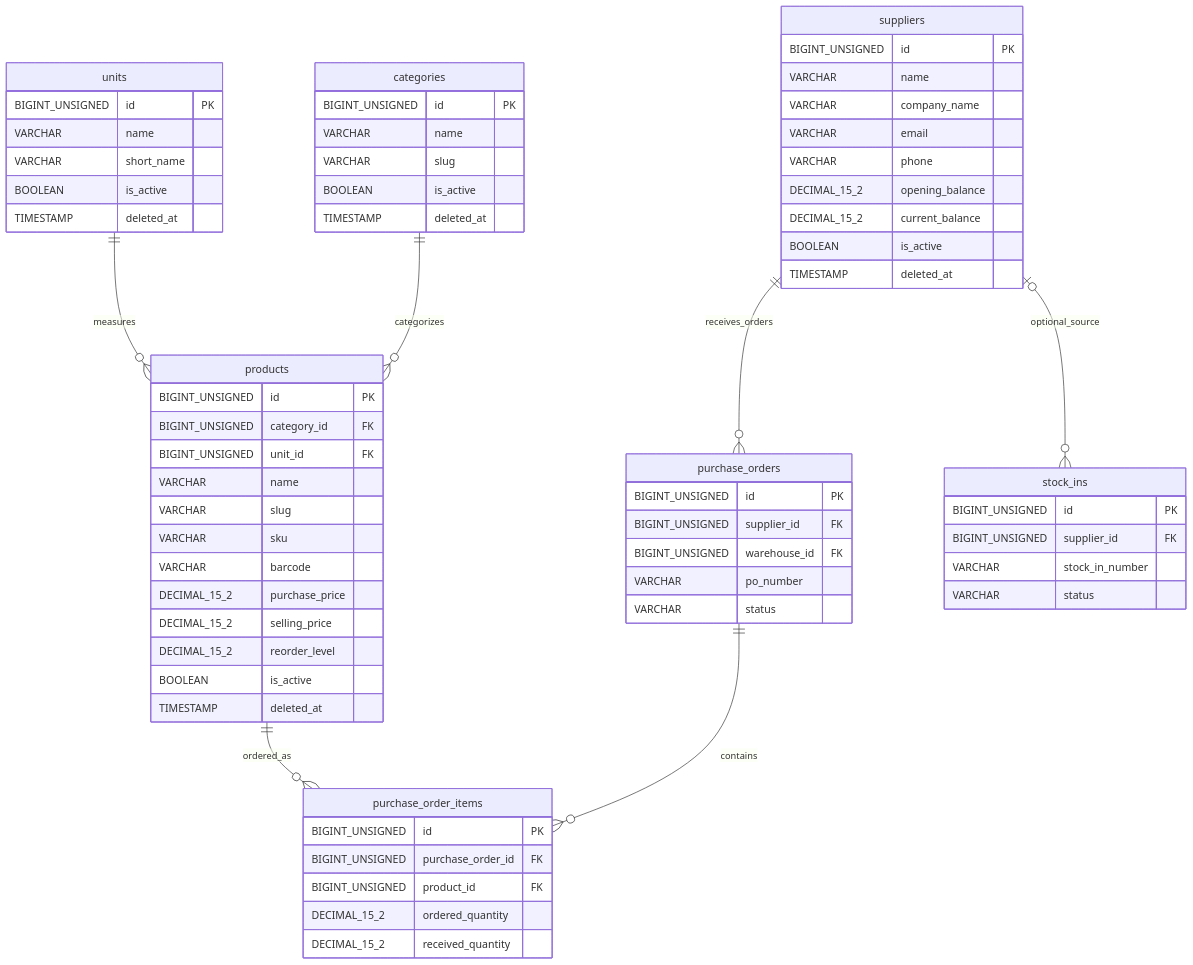
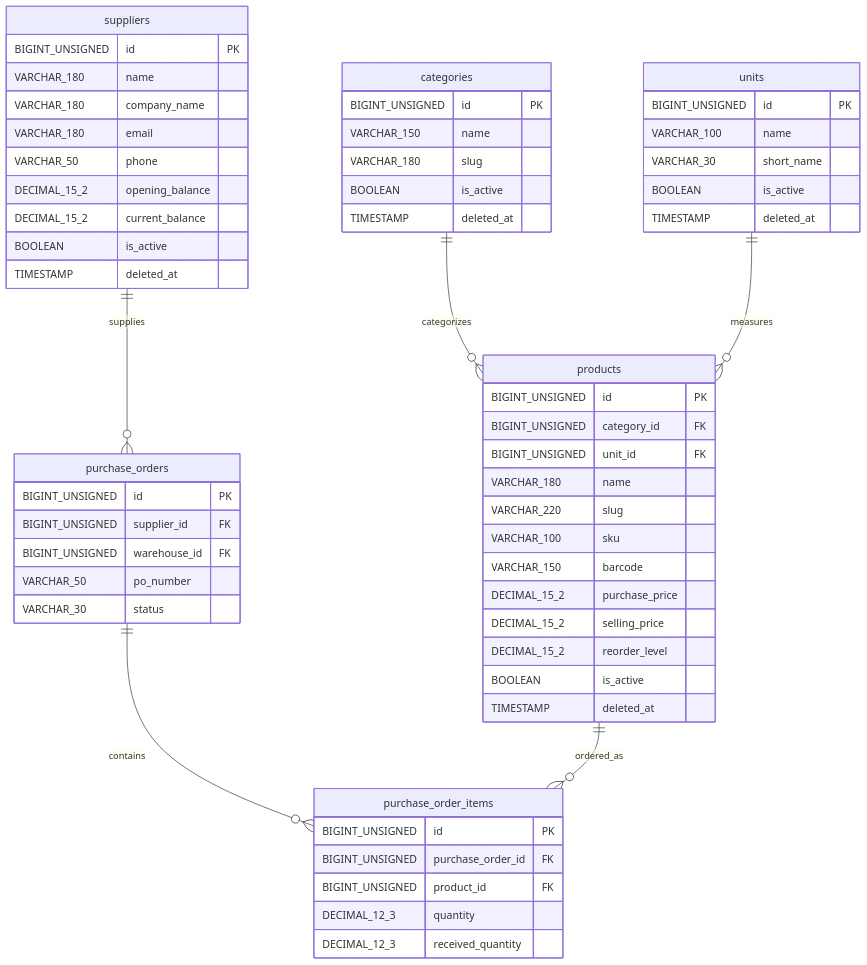
Before and after one commit to farhanrahmananik/warehouse-management-laravel: the second of 7 diagrams in docs/database/erd.md, drawn with Mermaid. The commit also changed other lines of this file and 1 other file, not shown here.

Commit message:
docs: align database documentation with implemented schema

````diff
--- a/docs/database/erd.md
+++ b/docs/database/erd.md
@@ -115,75 +105,67 @@
 ```mermaid
 erDiagram
     categories {
         BIGINT_UNSIGNED id PK
-        VARCHAR name
-        VARCHAR slug
+        VARCHAR_150 name
+        VARCHAR_180 slug
         BOOLEAN is_active
         TIMESTAMP deleted_at
     }
 
     units {
         BIGINT_UNSIGNED id PK
-        VARCHAR name
-        VARCHAR short_name
+        VARCHAR_100 name
+        VARCHAR_30 short_name
+        BOOLEAN is_active
+        TIMESTAMP deleted_at
+    }
+
+    suppliers {
+        BIGINT_UNSIGNED id PK
+        VARCHAR_180 name
+        VARCHAR_180 company_name
+        VARCHAR_180 email
+        VARCHAR_50 phone
+        DECIMAL_15_2 opening_balance
+        DECIMAL_15_2 current_balance
         BOOLEAN is_active
         TIMESTAMP deleted_at
     }
 
     products {
         BIGINT_UNSIGNED id PK
         BIGINT_UNSIGNED category_id FK
         BIGINT_UNSIGNED unit_id FK
-        VARCHAR name
-        VARCHAR slug
-        VARCHAR sku
-        VARCHAR barcode
+        VARCHAR_180 name
+        VARCHAR_220 slug
+        VARCHAR_100 sku
+        VARCHAR_150 barcode
         DECIMAL_15_2 purchase_price
         DECIMAL_15_2 selling_price
         DECIMAL_15_2 reorder_level
-        BOOLEAN is_active
-        TIMESTAMP deleted_at
-    }
-
-    suppliers {
-        BIGINT_UNSIGNED id PK
-        VARCHAR name
-        VARCHAR company_name
-        VARCHAR email
-        VARCHAR phone
-        DECIMAL_15_2 opening_balance
-        DECIMAL_15_2 current_balance
         BOOLEAN is_active
         TIMESTAMP deleted_at
     }
 
     purchase_orders {
         BIGINT_UNSIGNED id PK
         BIGINT_UNSIGNED supplier_id FK
         BIGINT_UNSIGNED warehouse_id FK
-        VARCHAR po_number
-        VARCHAR status
+        VARCHAR_50 po_number
+        VARCHAR_30 status
     }
 
     purchase_order_items {
         BIGINT_UNSIGNED id PK
         BIGINT_UNSIGNED purchase_order_id FK
         BIGINT_UNSIGNED product_id FK
-        DECIMAL_15_2 ordered_quantity
-        DECIMAL_15_2 received_quantity
-    }
-
-    stock_ins {
-        BIGINT_UNSIGNED id PK
-        BIGINT_UNSIGNED supplier_id FK
-        VARCHAR stock_in_number
-        VARCHAR status
+        DECIMAL_12_3 quantity
+        DECIMAL_12_3 received_quantity
     }
 
     categories ||--o{ products : categorizes
     units ||--o{ products : measures
-    suppliers ||--o{ purchase_orders : receives_orders
-    suppliers |o--o{ stock_ins : optional_source
+    suppliers ||--o{ purchase_orders : supplies
     purchase_orders ||--o{ purchase_order_items : contains
     products ||--o{ purchase_order_items : ordered_as
 ```
````
